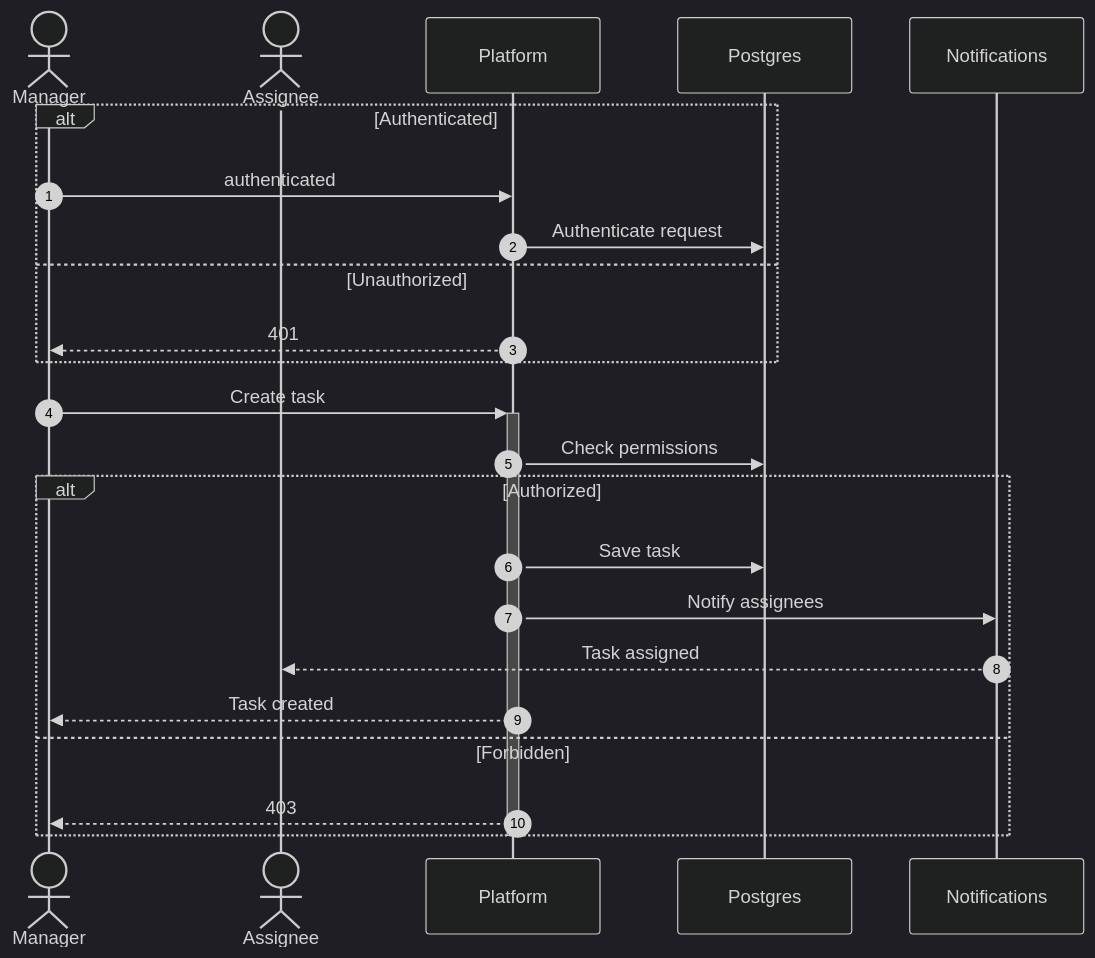
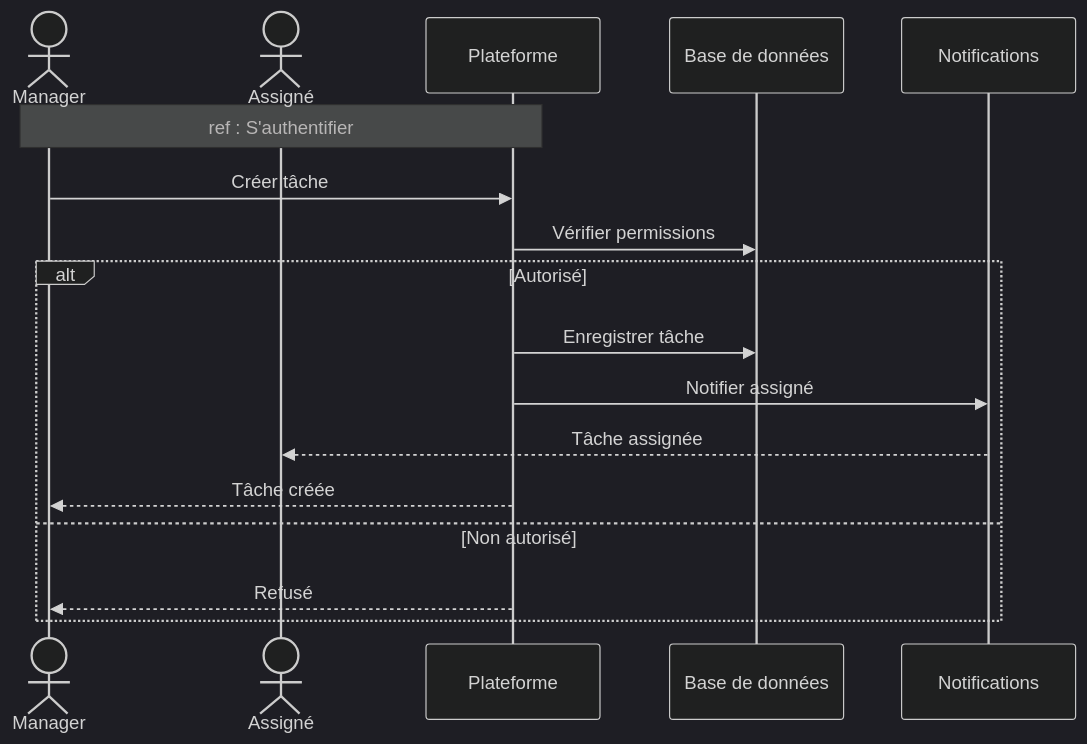
Diagram 11 of 16 in docs/SEQUENCE_DIAGRAMS.md (MohamedChebbi123/teamnest), drawn with Mermaid (dark theme) before and after one commit. The commit also changed other lines of this file, not shown here.

````diff
--- a/docs/SEQUENCE_DIAGRAMS.md
+++ b/docs/SEQUENCE_DIAGRAMS.md
@@ -398,28 +340,21 @@
 ```mermaid
 sequenceDiagram
-    autonumber
     actor Manager
-    actor Assignee
-    participant API as Platform
-    participant DB as Postgres
+    actor Assignee as Assigné
+    participant API as Plateforme
+    participant DB as Base de données
     participant Notif as Notifications
 
-    alt Authenticated
-        Manager->>API: authenticated
-        API->>DB: Authenticate request
-    else Unauthorized
-        API-->>Manager: 401
+    Note over Manager,API: ref : S'authentifier
+
+    Manager->>API: Créer tâche
+    API->>DB: Vérifier permissions
+    alt Autorisé
+        API->>DB: Enregistrer tâche
+        API->>Notif: Notifier assigné
+        Notif-->>Assignee: Tâche assignée
+        API-->>Manager: Tâche créée
+    else Non autorisé
+        API-->>Manager: Refusé
     end
-
-    Manager->>+API: Create task
-    API->>DB: Check permissions
-    alt Authorized
-        API->>DB: Save task
-        API->>Notif: Notify assignees
-        Notif-->>Assignee: Task assigned
-        API-->>Manager: Task created
-    else Forbidden
-        API-->>Manager: 403
-    end
-    deactivate API
 ```
````
